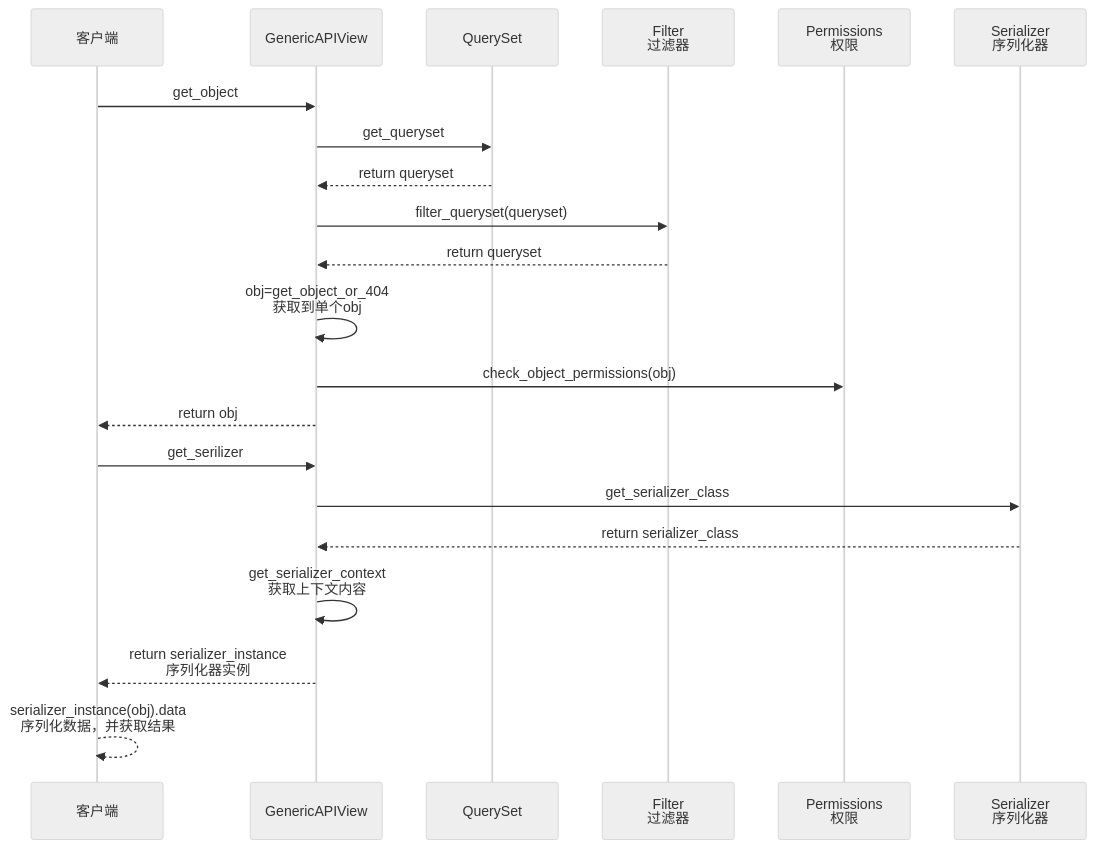
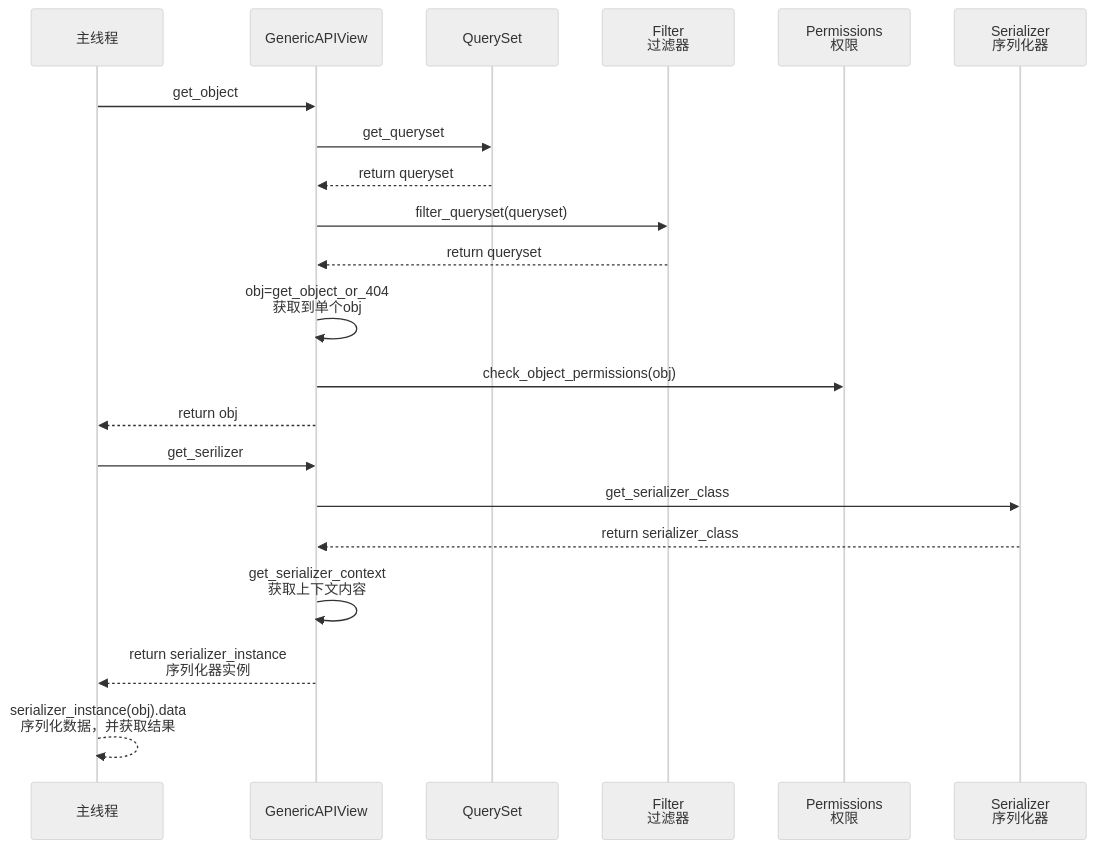
The third of 5 diagrams in docs/diagram/Views.md (HACK-WU/django-rest-framework), drawn with Mermaid (neutral theme) before and after one commit. The commit also changed other lines of this file, not shown here.

Commit message:
feat: 添加GenericAPIView 相关图解

````diff
--- a/docs/diagram/Views.md
+++ b/docs/diagram/Views.md
@@ -52,28 +52,28 @@
 ```mermaid
 sequenceDiagram
-    participant A as 客户端
+    participant A as 主线程
     participant B as GenericAPIView
     participant C as QuerySet 
     participant F as Filter<br>过滤器
     participant E as Permissions<br>权限
     participant D as Serializer<br>序列化器
     
 
     A->>B: get_object
     B->>C: get_queryset
     C-->>B: return queryset
     B->>F: filter_queryset(queryset)
     F-->>B: return queryset
     B->>B: obj=get_object_or_404<br>获取到单个obj 
     B->>E: check_object_permissions(obj)
     B-->>A: return obj
 
     A->>B:get_serilizer
     B->>D: get_serializer_class
     D-->>B: return serializer_class
     B->>B: get_serializer_context<br>获取上下文内容
     B-->>A: return serializer_instance<br>序列化器实例
 
     A-->>A: serializer_instance(obj).data<br>序列化数据，并获取结果
 
 ```
````
